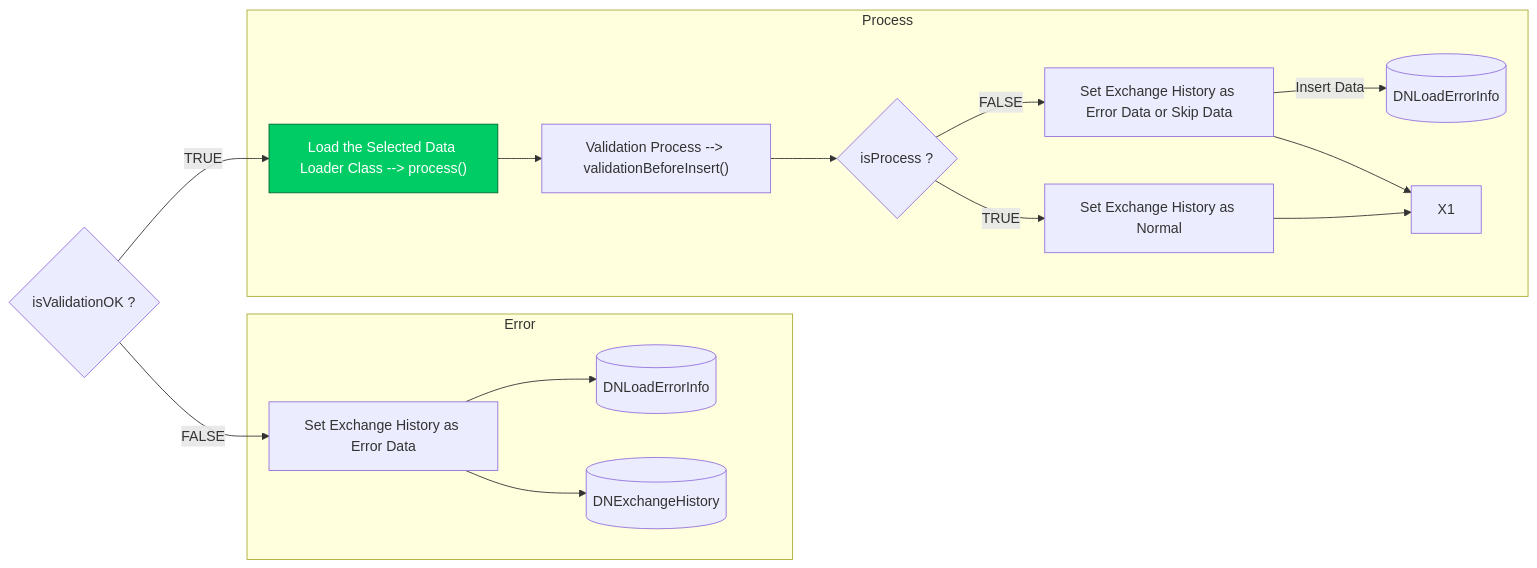
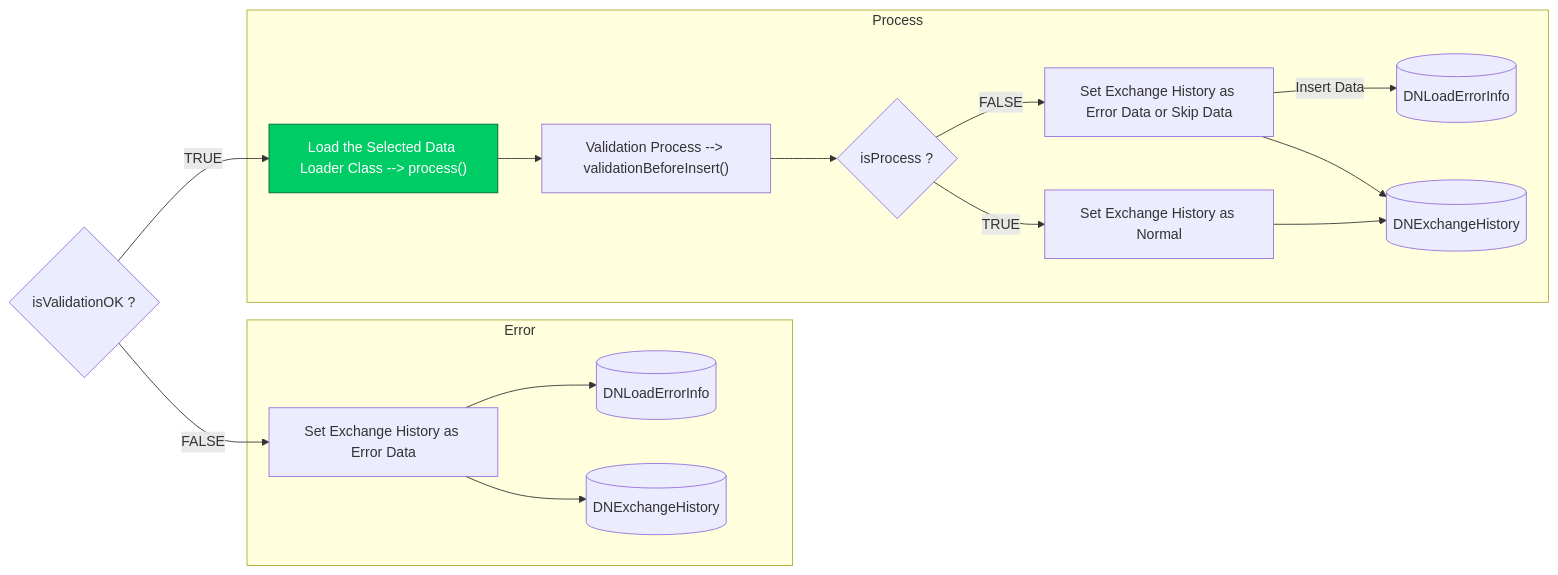
The ninth of 9 diagrams in Basic-Design/Host-Interfaces.md (luthfiadityaa/SimeDarby-Wiki), drawn with Mermaid before and after one commit.

Commit message:
Updated Host Interfaces

```diff
--- a/Basic-Design/Host-Interfaces.md
+++ b/Basic-Design/Host-Interfaces.md
@@ -712,30 +712,31 @@
 ::: mermaid
 flowchart LR
 Cond1{"isValidationOK ?"}
 Cond1 --> |TRUE| B2
 Cond1 --> |FALSE| C2
 
 subgraph Error
  C2 --> C3 
  C2 --> C4
  C4[(DNExchangeHistory)]
  C3[(DNLoadErrorInfo)]
  C2["Set Exchange History as Error Data"] 
 end
 
 subgraph Process
  B2 --> B3 --> Cond2
  Cond2{"isProcess ?"}
  B2["Load the Selected Data Loader Class --> process()"]
  B3["Validation Process --> validationBeforeInsert()"]
  B4["Set Exchange History as Error Data or Skip Data"]
  B5["Set Exchange History as Normal"]
  B6[(DNLoadErrorInfo)]
+ B7[(DNExchangeHistory)]
  Cond2 --> |FALSE| B4 --> |Insert Data| B6
- B4 --> X1
- Cond2 --> |TRUE| B5 --> X1
+ B4 --> B7
+ Cond2 --> |TRUE| B5 --> B7
 end 
 
 click B2 "https://dev.azure.com/Daifuku-SW/ID_SimeDarbyPlantation/_wiki/wikis/ID_SimeDarbyPlantation.wiki/833/Host-Interfaces?anchor=stage-3"
 style B2 fill:#00cc66,stroke:#006633,color:#ffffff
 :::
```
